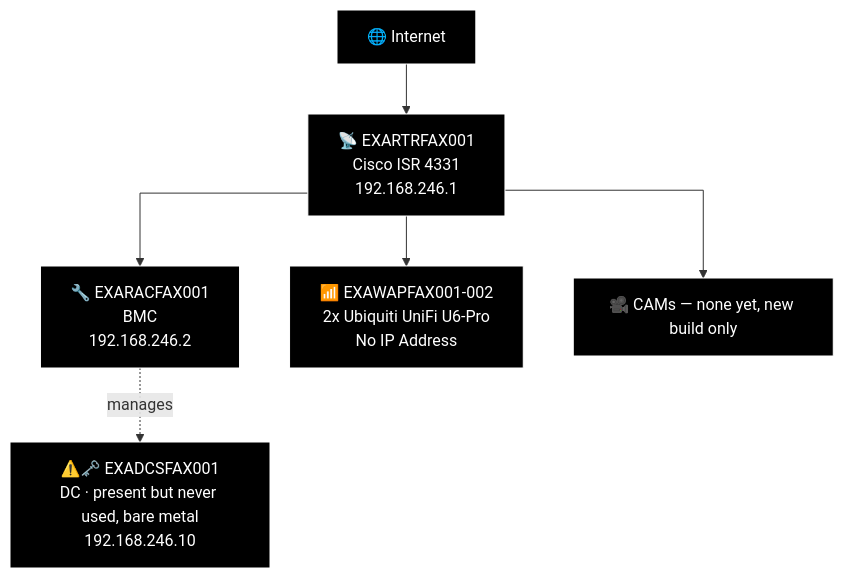
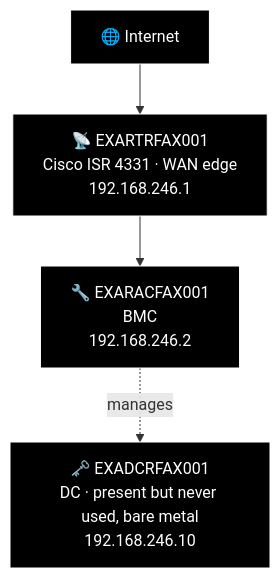
Before and after one commit to knightmare2600/example_music_infra: the ninth of 23 diagrams in docs/network-diagram/danmark.md, drawn with Mermaid. The commit also changed other lines of this file and 8 other files, not shown here.

````diff
--- a/docs/network-diagram/danmark.md
+++ b/docs/network-diagram/danmark.md
@@ -472,23 +460,18 @@
 ```mermaid
+%% GENERATED:OLDNETWORK:FAX:START
 %%{init: {'flowchart': {'curve': 'stepAfter'}}}%%
 graph TD
     O_INET["🌐 Internet"]
-    O_RTR["📡 EXARTRFAX001<br/>Cisco ISR 4331<br/>192.168.246.1"]
+    O_RTR["📡 EXARTRFAX001<br/>Cisco ISR 4331 · WAN edge<br/>192.168.246.1"]
+    O_DCR["🗝️ EXADCRFAX001<br/>DC · present but never used, bare metal<br/>192.168.246.10"]
+    O_RAC["🔧 EXARACFAX001<br/>BMC<br/>192.168.246.2"]
     O_INET --> O_RTR
-    O_RAC["🔧 EXARACFAX001<br/>BMC<br/>192.168.246.2"]
-    O_DC["⚠️🗝️ EXADCSFAX001<br/>DC · present but never used, bare metal<br/>192.168.246.10"]
     O_RTR --> O_RAC
-    O_RAC -.->|"manages"| O_DC
-
-    O_WAP["📶 EXAWAPFAX001-002<br/>2x Ubiquiti UniFi U6-Pro<br/>No IP Address"]
-    O_CAM["🎥 CAMs — none yet, new build only"]
-    O_RTR --> O_WAP
-    O_RTR --> O_CAM
+    O_RAC -.->|"manages"| O_DCR
 
     style O_INET fill:#000000,stroke:#FFFFFF,color:#FFFFFF
     style O_RTR fill:#000000,stroke:#FFFFFF,color:#FFFFFF
+    style O_DCR fill:#000000,stroke:#FFFFFF,color:#FFFFFF
     style O_RAC fill:#000000,stroke:#FFFFFF,color:#FFFFFF
-    style O_DC fill:#000000,stroke:#FFFFFF,color:#FFFFFF
-    style O_WAP fill:#000000,stroke:#FFFFFF,color:#FFFFFF
-    style O_CAM fill:#000000,stroke:#FFFFFF,color:#FFFFFF
+%% GENERATED:OLDNETWORK:FAX:END
 ```
````
